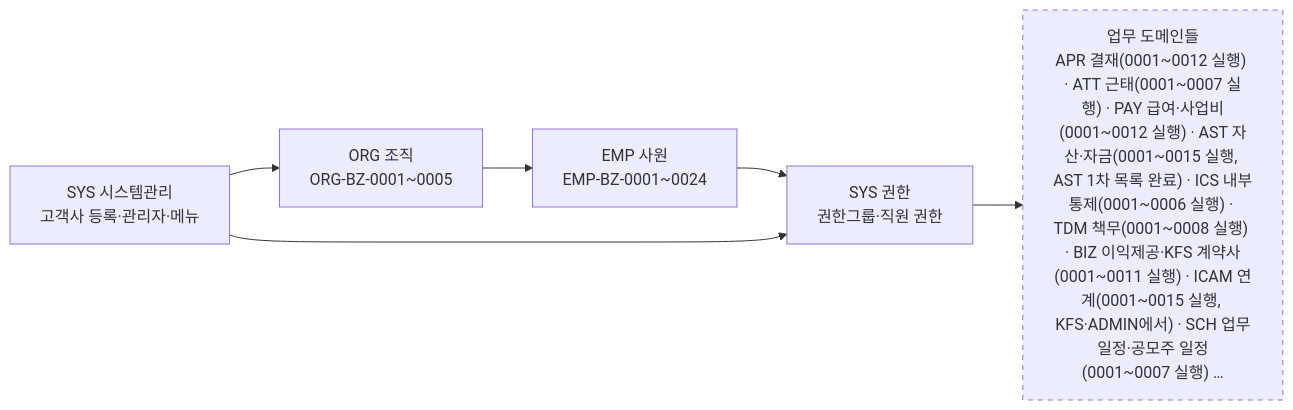
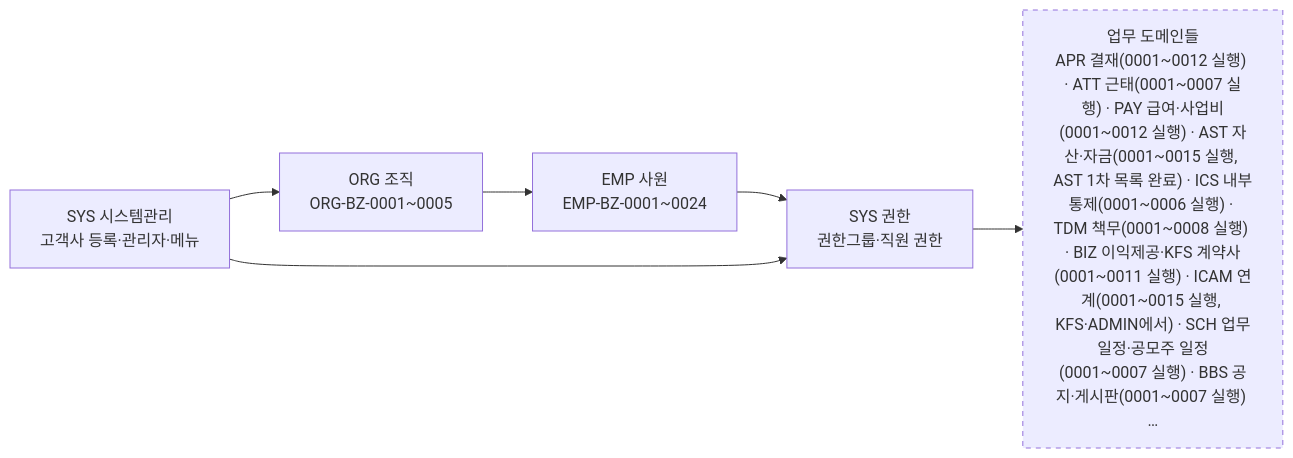
One commit to KimDoYoung/framework-sprt changed the diagram in AssetERP/docs/2-업무분석/biz-event/00-도메인Map.md. Above: the diagram before and after it, drawn with Mermaid. The commit also changed 9 other files, not shown here.

````diff
--- a/AssetERP/docs/2-업무분석/biz-event/00-도메인Map.md
+++ b/AssetERP/docs/2-업무분석/biz-event/00-도메인Map.md
@@ -6,14 +6,14 @@
 ```mermaid
 flowchart LR
     SYS["SYS 시스템관리<br/>고객사 등록·관리자·메뉴"]
     ORG["ORG 조직<br/>ORG-BZ-0001~0005"]
     EMP["EMP 사원<br/>EMP-BZ-0001~0024"]
     AUTH["SYS 권한<br/>권한그룹·직원 권한"]
-    WORK["업무 도메인들<br/>APR 결재(0001~0012 실행) · ATT 근태(0001~0007 실행) · PAY 급여·사업비(0001~0012 실행) · AST 자산·자금(0001~0015 실행, AST 1차 목록 완료) · ICS 내부통제(0001~0006 실행) · TDM 책무(0001~0008 실행) · BIZ 이익제공·KFS 계약사(0001~0011 실행) · ICAM 연계(0001~0015 실행, KFS·ADMIN에서) · SCH 업무일정·공모주 일정(0001~0007 실행) …"]
+    WORK["업무 도메인들<br/>APR 결재(0001~0012 실행) · ATT 근태(0001~0007 실행) · PAY 급여·사업비(0001~0012 실행) · AST 자산·자금(0001~0015 실행, AST 1차 목록 완료) · ICS 내부통제(0001~0006 실행) · TDM 책무(0001~0008 실행) · BIZ 이익제공·KFS 계약사(0001~0011 실행) · ICAM 연계(0001~0015 실행, KFS·ADMIN에서) · SCH 업무일정·공모주 일정(0001~0007 실행) · BBS 공지·게시판(0001~0007 실행) …"]
 
     SYS --> ORG --> EMP --> AUTH --> WORK
     SYS --> AUTH
 
     classDef todo stroke-dasharray: 5 5
     class WORK todo
 ```
````
